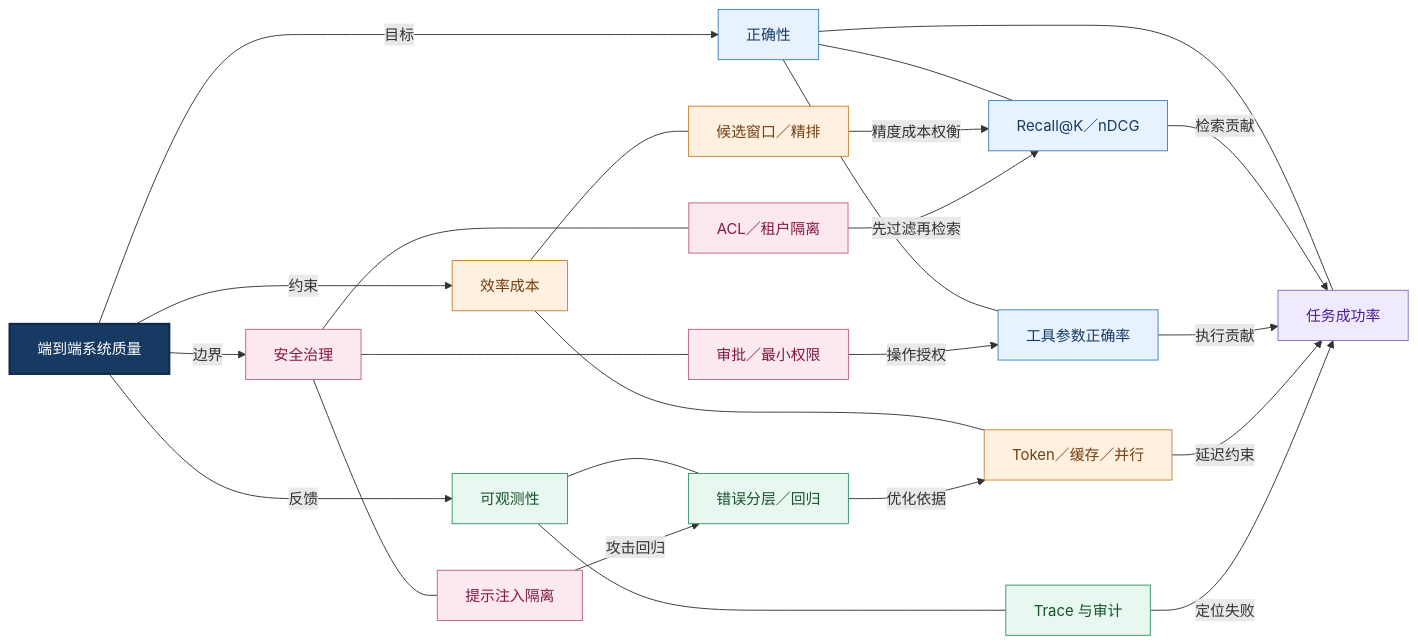
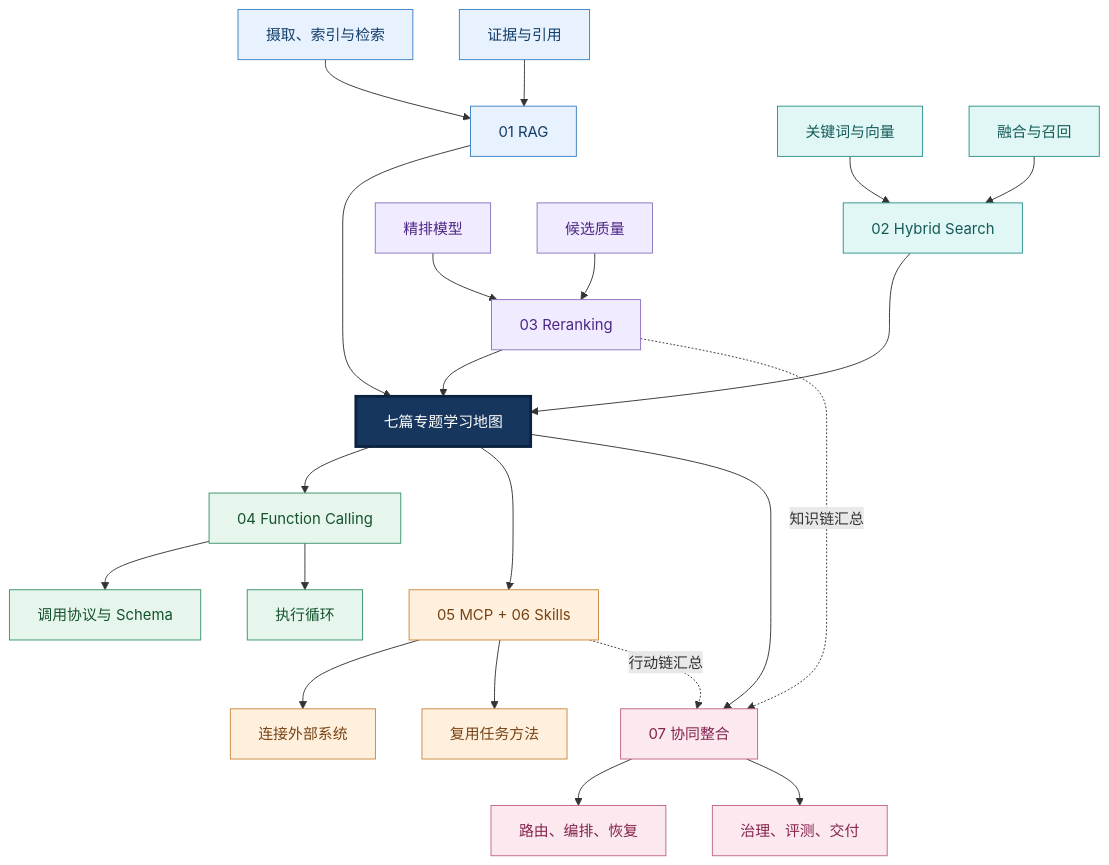
Before and after one commit to shufu151/Agent-Engineering-Handbook: the seventh of 7 diagrams in 05-Agent-Knowledge-and-Tools/README.md, drawn with Mermaid. The commit also changed other lines of this file, not shown here.

````diff
--- a/05-Agent-Knowledge-and-Tools/README.md
+++ b/05-Agent-Knowledge-and-Tools/README.md
@@ -432,53 +463,60 @@
 ```mermaid
-flowchart LR
-    C["端到端系统质量"]
-    Q["正确性"]
-    L["效率成本"]
-    S["安全治理"]
-    O["可观测性"]
-    Q1["Recall@K／nDCG"]
-    Q2["工具参数正确率"]
-    Q3["任务成功率"]
-    L1["候选窗口／精排"]
-    L2["Token／缓存／并行"]
-    S1["ACL／租户隔离"]
-    S2["审批／最小权限"]
-    S3["提示注入隔离"]
-    O1["Trace 与审计"]
-    O2["错误分层／回归"]
-    C -->|目标| Q
-    C -->|约束| L
-    C -->|边界| S
-    C -->|反馈| O
-    Q --- Q1
-    Q --- Q2
-    Q --- Q3
-    L --- L1
-    L --- L2
-    S --- S1
-    S --- S2
-    S --- S3
-    O --- O1
-    O --- O2
-    Q1 -->|检索贡献| Q3
-    Q2 -->|执行贡献| Q3
-    L1 -->|精度成本权衡| Q1
-    L2 -->|延迟约束| Q3
-    S1 -->|先过滤再检索| Q1
-    S2 -->|操作授权| Q2
-    S3 -->|攻击回归| O2
-    O1 -->|定位失败| Q3
-    O2 -->|优化依据| L2
-    classDef core fill:#163a62,stroke:#0d2744,color:#fff,stroke-width:2px
-    classDef know fill:#e8f2ff,stroke:#3b82c4,color:#163a62
-    classDef tool fill:#e8f7ef,stroke:#389268,color:#14532d
-    classDef control fill:#fff0df,stroke:#c78535,color:#713f12
-    classDef guard fill:#fce8ef,stroke:#bf6284,color:#831843
-    classDef result fill:#f0eaff,stroke:#8b6dbb,color:#4c1d95
-    class C core
-    class Q,Q1,Q2 know
-    class Q3 result
-    class L,L1,L2 control
-    class S,S1,S2,S3 guard
-    class O,O1,O2 tool
+flowchart TB
+    ROOT["七篇专题学习地图"]
+    LA["01 RAG"]
+    LA1["摄取、索引与检索"]
+    LA2["证据与引用"]
+    LB["02 Hybrid Search"]
+    LB1["关键词与向量"]
+    LB2["融合与召回"]
+    LC["03 Reranking"]
+    LC1["精排模型"]
+    LC2["候选质量"]
+    LD["04 Function Calling"]
+    LD1["调用协议与 Schema"]
+    LD2["执行循环"]
+    LE["05 MCP + 06 Skills"]
+    LE1["连接外部系统"]
+    LE2["复用任务方法"]
+    LF["07 协同整合"]
+    LF1["路由、编排、恢复"]
+    LF2["治理、评测、交付"]
+    LA --> ROOT
+    LA1 --> LA
+    LA2 --> LA
+    LB --> ROOT
+    LB1 --> LB
+    LB2 --> LB
+    LC --> ROOT
+    LC1 --> LC
+    LC2 --> LC
+    ROOT --> LD
+    LD --> LD1
+    LD --> LD2
+    ROOT --> LE
+    LE --> LE1
+    LE --> LE2
+    ROOT --> LF
+    LF --> LF1
+    LF --> LF2
+    LA ~~~ LB
+    LB ~~~ LC
+    LD ~~~ LE
+    LE ~~~ LF
+    LC -. "知识链汇总" .-> LF
+    LE -. "行动链汇总" .-> LF
+    classDef core fill:#17365d,stroke:#0b2340,color:#ffffff,stroke-width:3px
+    classDef blue fill:#e8f2ff,stroke:#3b82c4,color:#123d67
+    classDef green fill:#e7f6ed,stroke:#389268,color:#14532d
+    classDef orange fill:#fff0de,stroke:#cb883e,color:#784313
+    classDef purple fill:#f1ebff,stroke:#8c71bf,color:#4c2785
+    classDef pink fill:#fce8ef,stroke:#c2648a,color:#84234d
+    classDef teal fill:#e1f7f5,stroke:#2d918b,color:#135b56
+    class ROOT core
+    class LA,LA1,LA2 blue
+    class LB,LB1,LB2 teal
+    class LC,LC1,LC2 purple
+    class LD,LD1,LD2 green
+    class LE,LE1,LE2 orange
+    class LF,LF1,LF2 pink
 ```
````
